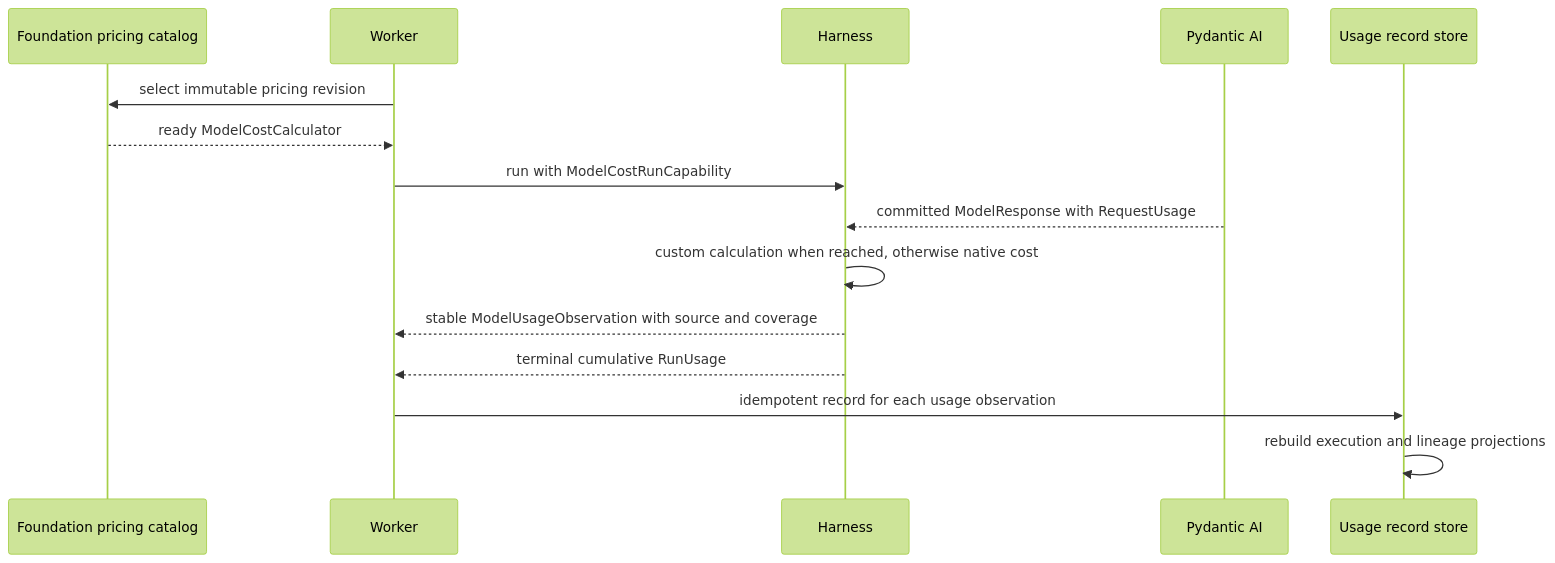
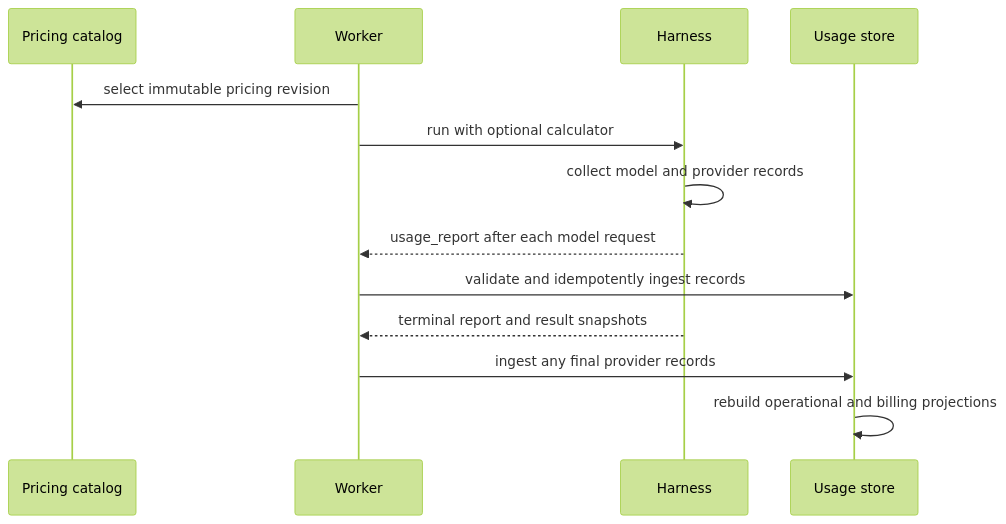
The diagram in spec/foundation-service/05-usage-accounting.md (LTThreeComma/agent-foundation), drawn with Mermaid (forest theme) before and after one commit. The commit also changed other lines of this file and 150 other files, not shown here.

````diff
--- a/spec/foundation-service/05-usage-accounting.md
+++ b/spec/foundation-service/05-usage-accounting.md
@@ -137,18 +61,16 @@
 ```mermaid
 sequenceDiagram
-    participant Catalog as Foundation pricing catalog
+    participant Catalog as Pricing catalog
     participant Worker
     participant Harness
-    participant PAI as Pydantic AI
-    participant Store as Usage record store
+    participant Store as Usage store
 
     Worker->>Catalog: select immutable pricing revision
-    Catalog-->>Worker: ready ModelCostCalculator
-    Worker->>Harness: run with ModelCostRunCapability
-    PAI-->>Harness: committed ModelResponse with RequestUsage
-    Harness->>Harness: custom calculation when reached, otherwise native cost
-    Harness-->>Worker: stable ModelUsageObservation with source and coverage
-    Harness-->>Worker: terminal cumulative RunUsage
-    Worker->>Store: idempotent record for each usage observation
-    Store->>Store: rebuild execution and lineage projections
+    Worker->>Harness: run with optional calculator
+    Harness->>Harness: collect model and provider records
+    Harness-->>Worker: usage_report after each model request
+    Worker->>Store: validate and idempotently ingest records
+    Harness-->>Worker: terminal report and result snapshots
+    Worker->>Store: ingest any final provider records
+    Store->>Store: rebuild operational and billing projections
 ```
````
